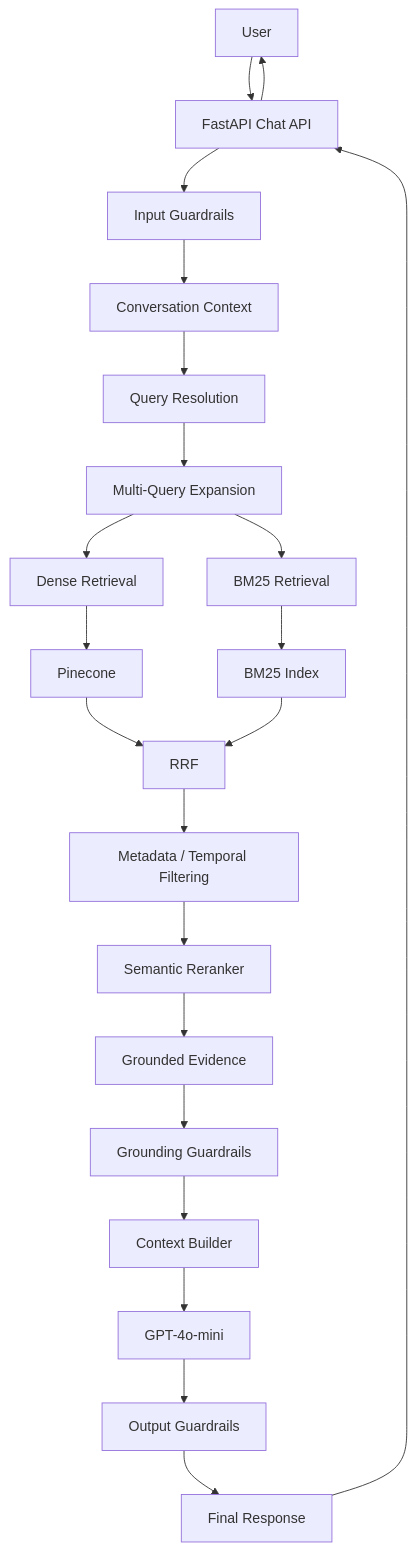
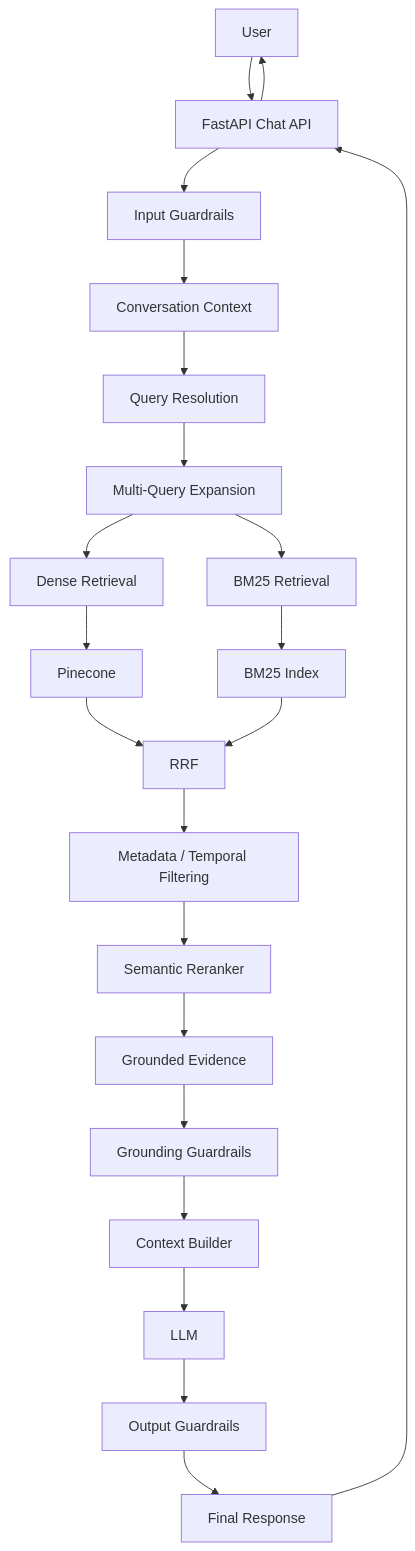
One commit to AdithyaGopakumar/Advanced-RAG-Banking changed diagram 17 of 17 in docs/RAG_DESIGN.md. Above: the diagram before and after it, drawn with Mermaid. The commit also changed other lines of this file, not shown here.

````diff
--- a/docs/RAG_DESIGN.md
+++ b/docs/RAG_DESIGN.md
@@ -1037,54 +1037,54 @@
 ```mermaid
 flowchart TD
     User["User"]
     API["FastAPI Chat API"]
 
     Input["Input Guardrails"]
     Memory["Conversation Context"]
     Query["Query Resolution"]
     MQE["Multi-Query Expansion"]
 
     Dense["Dense Retrieval"]
     BM25["BM25 Retrieval"]
     Pinecone["Pinecone"]
     Lexical["BM25 Index"]
 
     RRF["RRF"]
     Filter["Metadata / Temporal Filtering"]
     Reranker["Semantic Reranker"]
 
     Evidence["Grounded Evidence"]
     Grounding["Grounding Guardrails"]
     Context["Context Builder"]
 
-    LLM["GPT-4o-mini"]
+    LLM["LLM"]
     Output["Output Guardrails"]
     Response["Final Response"]
 
     User --> API
     API --> Input
     Input --> Memory
     Memory --> Query
     Query --> MQE
 
     MQE --> Dense
     MQE --> BM25
 
     Dense --> Pinecone
     BM25 --> Lexical
 
     Pinecone --> RRF
     Lexical --> RRF
 
     RRF --> Filter
     Filter --> Reranker
     Reranker --> Evidence
 
     Evidence --> Grounding
     Grounding --> Context
     Context --> LLM
     LLM --> Output
     Output --> Response
     Response --> API
     API --> User
 ```
````
